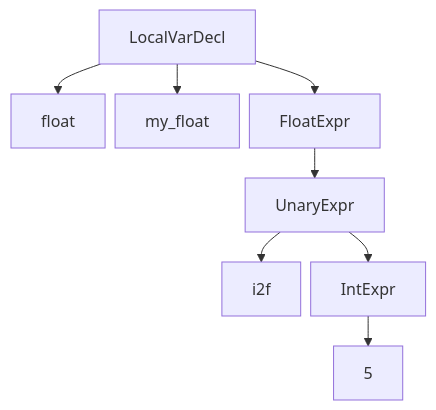
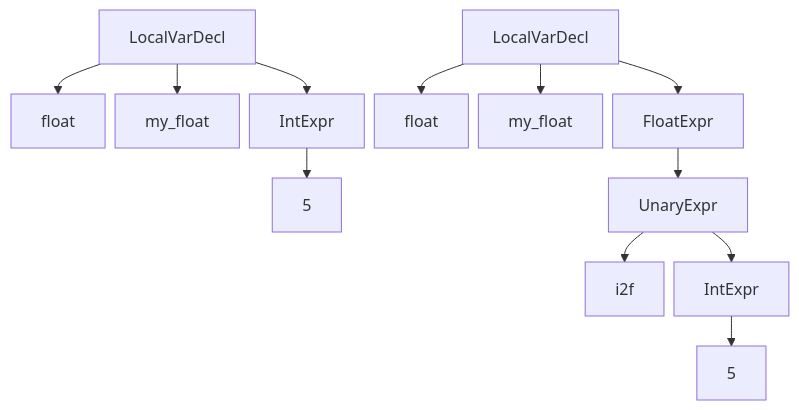
One commit to RiceL123/ricelang-playground changed the fourth of 6 diagrams in frontend/app/about/about.md. Above: the diagram before and after it, drawn with Mermaid. The commit also changed other lines of this file and 5 other files, not shown here.

````diff
--- a/frontend/app/about/about.md
+++ b/frontend/app/about/about.md
@@ -172,19 +168,25 @@
 ```mermaid
 %%{ init: {
   "theme": "default",
   "flowchart": {
     "nodeSpacing": 10,
     "rankSpacing": 30
   },
   "width": "100%"
 } }%%
 flowchart TD
-	9[LocalVarDecl]
-    9-->10[float]
-    9-->11[my_float]
-    9-->12[FloatExpr]
-    12-->1[UnaryExpr]
-    1-->13[i2f]
-    1-->14[IntExpr]
-    14-->15[5]
+	a[LocalVarDecl]
+    a-->b[float]
+    a-->c[my_float]
+    a-->d[IntExpr]
+    d-->e[5]
+    
+	z[LocalVarDecl]
+    z-->y[float]
+    z-->x[my_float]
+    z-->w[FloatExpr]
+    w-->v[UnaryExpr]
+    v-->u[i2f]
+    v-->t[IntExpr]
+    t-->s[5]
 ```
````
